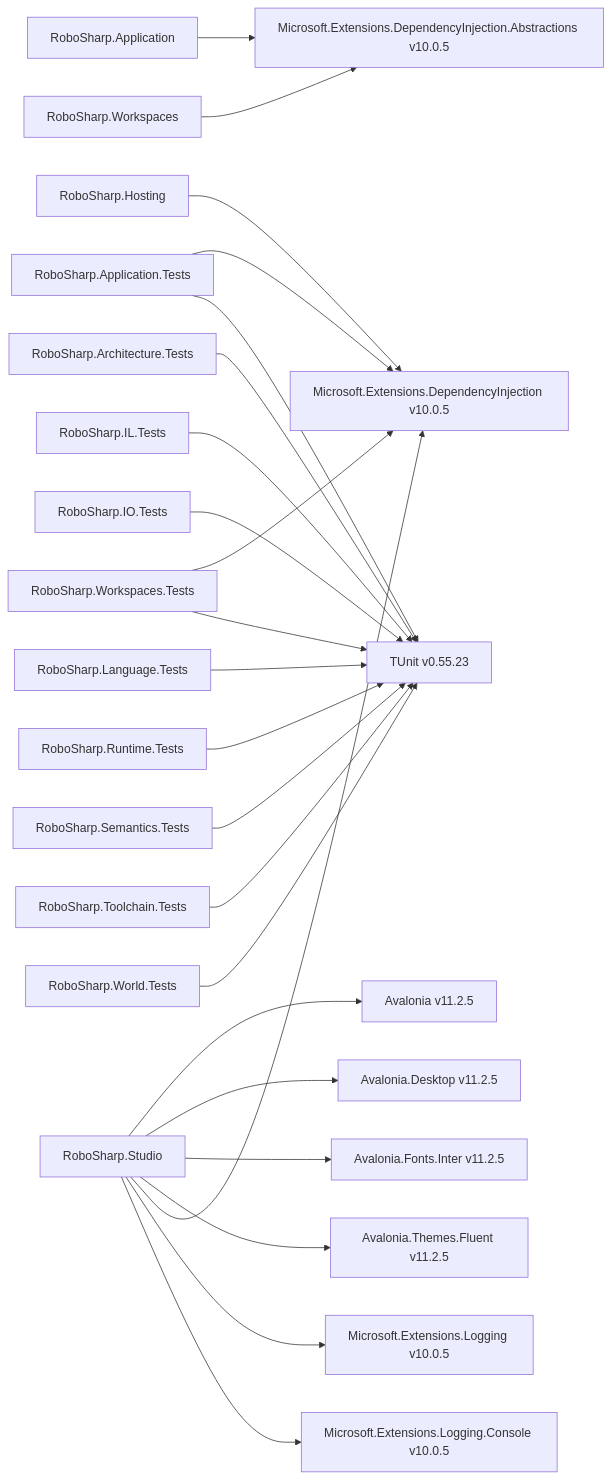
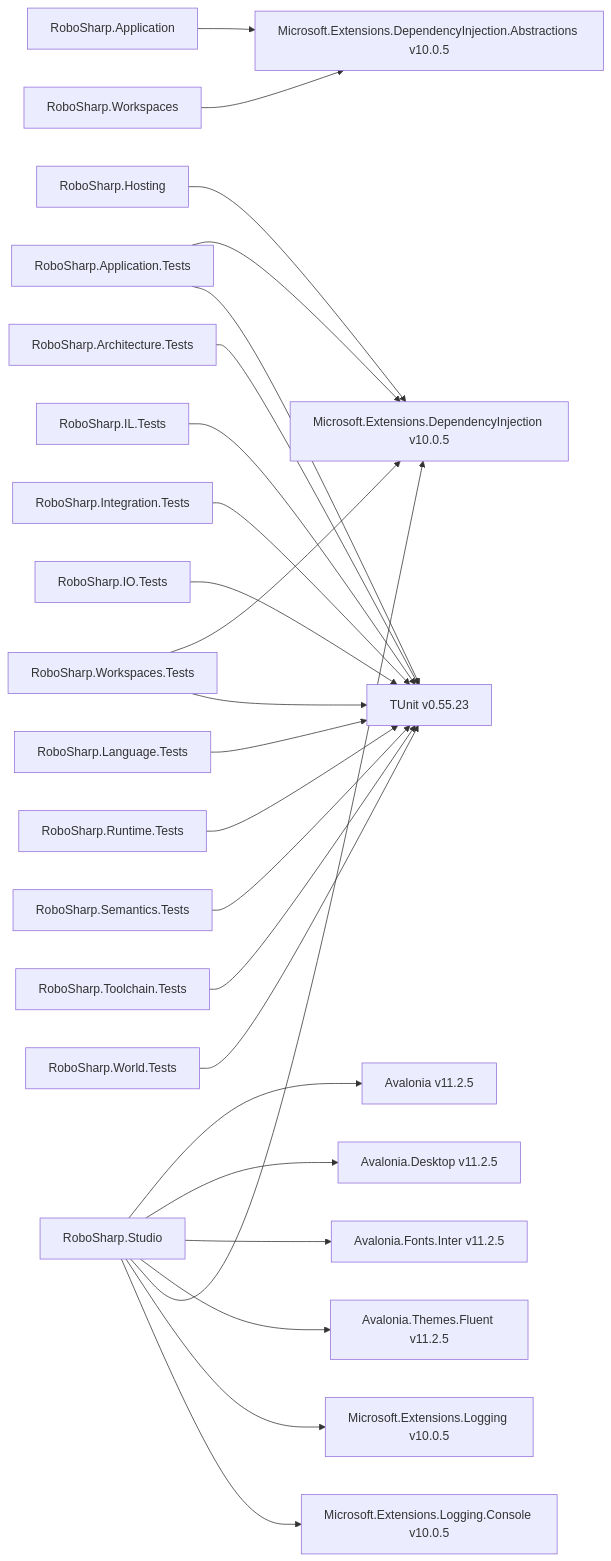
Before and after one commit to frankhaugen/RoboSharp: the diagram in docs/diagrams/nuget-references.md, drawn with Mermaid. The commit also changed 58 other files, not shown here.

First line of the commit message:
Enhance README and documentation; add integration tests and runtime options

````diff
--- a/docs/diagrams/nuget-references.md
+++ b/docs/diagrams/nuget-references.md
@@ -7,25 +7,26 @@
 ```mermaid
 flowchart LR
   RoboSharp_Application["RoboSharp.Application"] --> pkg_Microsoft_Extensions_DependencyInjection_Abstractions["Microsoft.Extensions.DependencyInjection.Abstractions v10.0.5"]
   RoboSharp_Application_Tests["RoboSharp.Application.Tests"] --> pkg_Microsoft_Extensions_DependencyInjection["Microsoft.Extensions.DependencyInjection v10.0.5"]
   RoboSharp_Application_Tests["RoboSharp.Application.Tests"] --> pkg_TUnit["TUnit v0.55.23"]
   RoboSharp_Architecture_Tests["RoboSharp.Architecture.Tests"] --> pkg_TUnit["TUnit v0.55.23"]
   RoboSharp_Hosting["RoboSharp.Hosting"] --> pkg_Microsoft_Extensions_DependencyInjection["Microsoft.Extensions.DependencyInjection v10.0.5"]
   RoboSharp_IL_Tests["RoboSharp.IL.Tests"] --> pkg_TUnit["TUnit v0.55.23"]
+  RoboSharp_Integration_Tests["RoboSharp.Integration.Tests"] --> pkg_TUnit["TUnit v0.55.23"]
   RoboSharp_IO_Tests["RoboSharp.IO.Tests"] --> pkg_TUnit["TUnit v0.55.23"]
   RoboSharp_Language_Tests["RoboSharp.Language.Tests"] --> pkg_TUnit["TUnit v0.55.23"]
   RoboSharp_Runtime_Tests["RoboSharp.Runtime.Tests"] --> pkg_TUnit["TUnit v0.55.23"]
   RoboSharp_Semantics_Tests["RoboSharp.Semantics.Tests"] --> pkg_TUnit["TUnit v0.55.23"]
   RoboSharp_Studio["RoboSharp.Studio"] --> pkg_Avalonia["Avalonia v11.2.5"]
   RoboSharp_Studio["RoboSharp.Studio"] --> pkg_Avalonia_Desktop["Avalonia.Desktop v11.2.5"]
   RoboSharp_Studio["RoboSharp.Studio"] --> pkg_Avalonia_Fonts_Inter["Avalonia.Fonts.Inter v11.2.5"]
   RoboSharp_Studio["RoboSharp.Studio"] --> pkg_Avalonia_Themes_Fluent["Avalonia.Themes.Fluent v11.2.5"]
   RoboSharp_Studio["RoboSharp.Studio"] --> pkg_Microsoft_Extensions_DependencyInjection["Microsoft.Extensions.DependencyInjection v10.0.5"]
   RoboSharp_Studio["RoboSharp.Studio"] --> pkg_Microsoft_Extensions_Logging["Microsoft.Extensions.Logging v10.0.5"]
   RoboSharp_Studio["RoboSharp.Studio"] --> pkg_Microsoft_Extensions_Logging_Console["Microsoft.Extensions.Logging.Console v10.0.5"]
   RoboSharp_Toolchain_Tests["RoboSharp.Toolchain.Tests"] --> pkg_TUnit["TUnit v0.55.23"]
   RoboSharp_Workspaces["RoboSharp.Workspaces"] --> pkg_Microsoft_Extensions_DependencyInjection_Abstractions["Microsoft.Extensions.DependencyInjection.Abstractions v10.0.5"]
   RoboSharp_Workspaces_Tests["RoboSharp.Workspaces.Tests"] --> pkg_Microsoft_Extensions_DependencyInjection["Microsoft.Extensions.DependencyInjection v10.0.5"]
   RoboSharp_Workspaces_Tests["RoboSharp.Workspaces.Tests"] --> pkg_TUnit["TUnit v0.55.23"]
   RoboSharp_World_Tests["RoboSharp.World.Tests"] --> pkg_TUnit["TUnit v0.55.23"]
 ```
````
